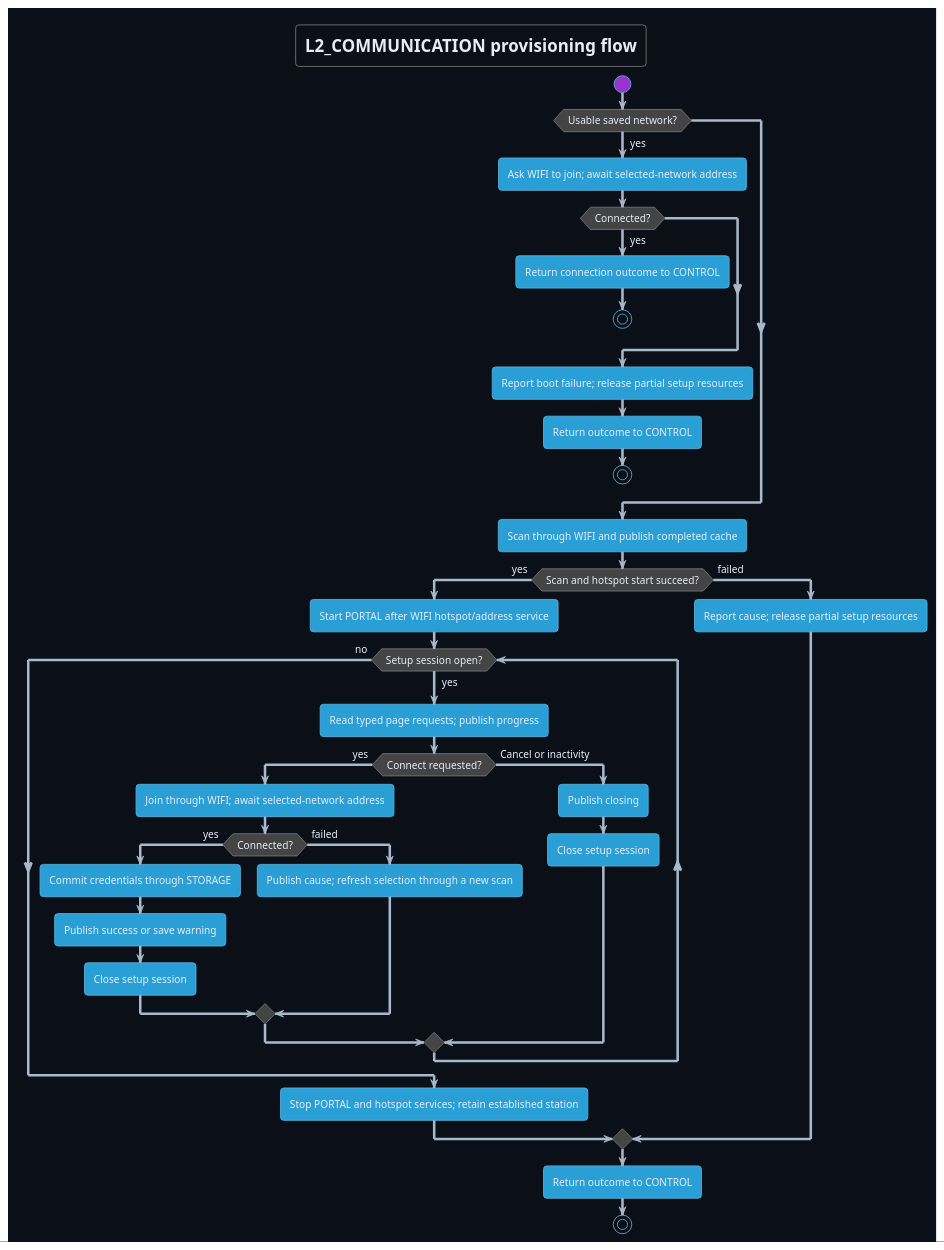
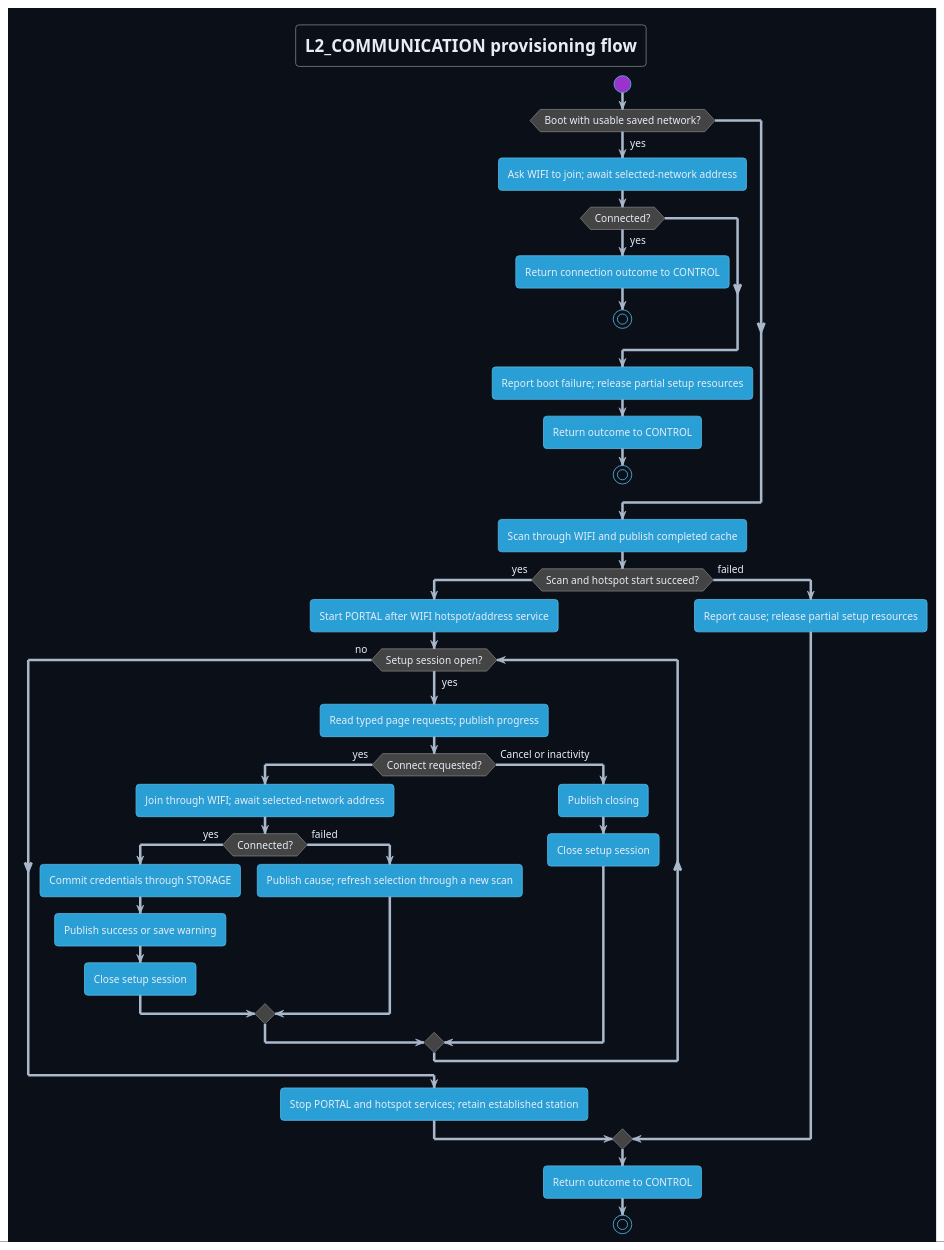
Before and after one commit to DemonicPsychoII/DigitalStethoscope: the diagram in Development/system/architecture/COMMUNICATION/setup-flow.puml, drawn with PlantUML. The commit also changed 1 other file, not shown here.

Commit message:
docs(architecture): send link recovery to provisioning in setup flow
The provisioning flow began with "Usable saved network?", so after
recovery was exhausted the saved record still existed and the flow took
the boot branch. It asked WIFI to join again and released the lease with
no portal or hotspot. Scope the saved-network branch to boot so the
recovery entry falls through to scan, portal and hotspot under the held
lease, matching link-recovery.puml and setup-state.puml. Re-rendered
setup_flow.svg.

Addresses the round-3 blocking finding on setup-flow.puml (thread
PRRT_kwDOT3bRZc6wdK0-).

Committed by Claude-Haiku-5.5 on behalf of Nico running in claude code.

```diff
--- a/Development/system/architecture/COMMUNICATION/setup-flow.puml
+++ b/Development/system/architecture/COMMUNICATION/setup-flow.puml
@@ -1,45 +1,45 @@
 @startuml setup_flow
 !theme cyborg
 skinparam shadowing false
 skinparam defaultFontName SansSerif
 skinparam backgroundColor #0b1018
 skinparam defaultFontColor #e6edf7
 skinparam ArrowColor #a9b8ca
 title L2_COMMUNICATION provisioning flow
 start
-if (Usable saved network?) then (yes)
+if (Boot with usable saved network?) then (yes)
  :Ask WIFI to join; await selected-network address;
  if (Connected?) then (yes)
   :Return connection outcome to CONTROL;
   stop
  endif
  :Report boot failure; release partial setup resources;
  :Return outcome to CONTROL;
  stop
 endif
 :Scan through WIFI and publish completed cache;
 if (Scan and hotspot start succeed?) then (yes)
  :Start PORTAL after WIFI hotspot/address service;
  while (Setup session open?) is (yes)
   :Read typed page requests; publish progress;
   if (Connect requested?) then (yes)
    :Join through WIFI; await selected-network address;
    if (Connected?) then (yes)
     :Commit credentials through STORAGE;
     :Publish success or save warning;
     :Close setup session;
    else (failed)
     :Publish cause; refresh selection through a new scan;
    endif
   else (Cancel or inactivity)
    :Publish closing;
    :Close setup session;
   endif
  endwhile (no)
  :Stop PORTAL and hotspot services; retain established station;
 else (failed)
  :Report cause; release partial setup resources;
 endif
 :Return outcome to CONTROL;
 stop
 @enduml
```
